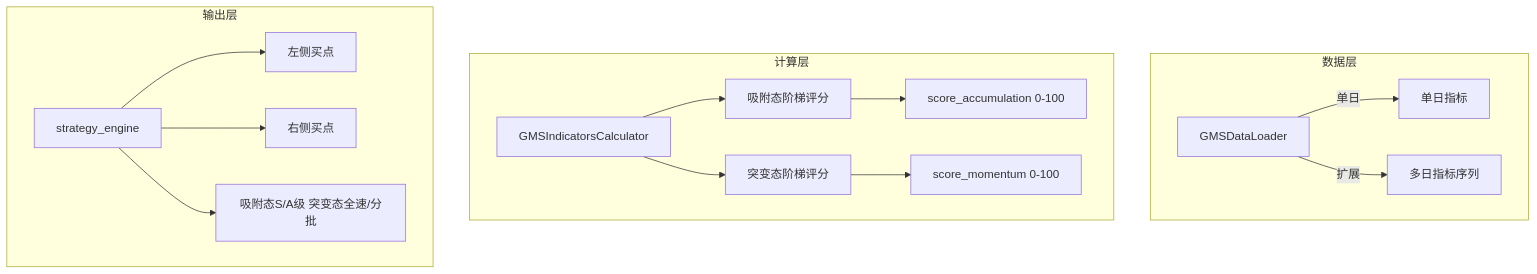
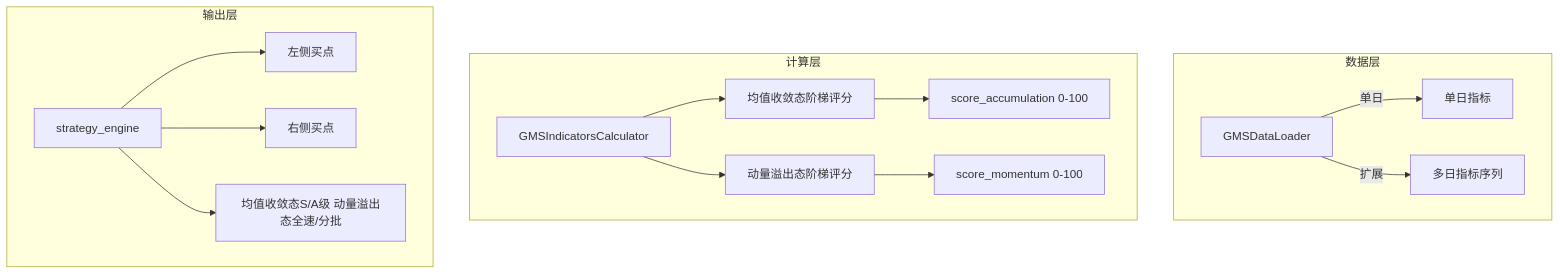
Before and after one commit to wangj9601/stock_quote_analayze: the diagram in .cursor/plans/gms精细化评分体系前后端改造_60249300.plan.md, drawn with Mermaid. The commit also changed other lines of this file and 10 other files, not shown here.

````diff
--- a/.cursor/plans/gms精细化评分体系前后端改造_60249300.plan.md
+++ b/.cursor/plans/gms精细化评分体系前后端改造_60249300.plan.md
@@ -55,23 +55,23 @@
 ```mermaid
 flowchart TB
     subgraph DataLayer [数据层]
         DL[GMSDataLoader]
         DL -->|单日| SingleRow[单日指标]
         DL -->|扩展| MultiDay[多日指标序列]
     end
 
     subgraph CalcLayer [计算层]
         Calc[GMSIndicatorsCalculator]
-        Calc --> AccScore[吸附态阶梯评分]
-        Calc --> MomScore[突变态阶梯评分]
+        Calc --> AccScore[均值收敛态阶梯评分]
+        Calc --> MomScore[动量溢出态阶梯评分]
         AccScore --> S1[score_accumulation 0-100]
         MomScore --> S2[score_momentum 0-100]
     end
 
     subgraph OutputLayer [输出层]
         Engine[strategy_engine]
         Engine --> LeftSignal[左侧买点]
         Engine --> RightSignal[右侧买点]
-        Engine --> Grade[吸附态S/A级 突变态全速/分批]
+        Engine --> Grade[均值收敛态S/A级 动量溢出态全速/分批]
     end
 ```
````
